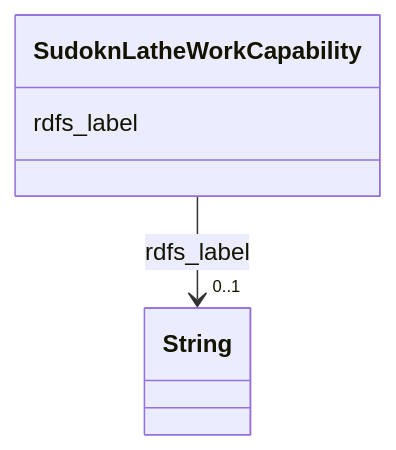
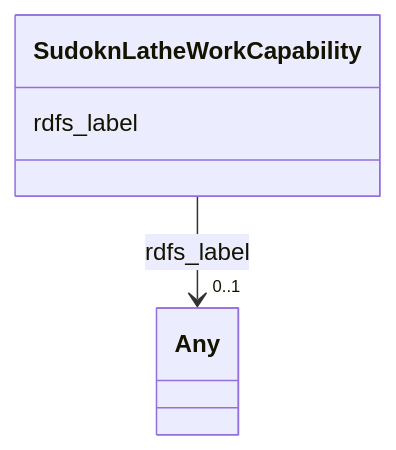
One commit to frink-okn/graph-descriptions changed the diagram in sudokn-kg/classes/SudoknLatheWorkCapability.md. Above: the diagram before and after it, drawn with Mermaid. The commit also changed other lines of this file and 903 other files, not shown here.

````diff
--- a/sudokn-kg/classes/SudoknLatheWorkCapability.md
+++ b/sudokn-kg/classes/SudoknLatheWorkCapability.md
@@ -23,15 +18,15 @@
 ```mermaid
  classDiagram
     class SudoknLatheWorkCapability
     click SudoknLatheWorkCapability href "../SudoknLatheWorkCapability"
       SudoknLatheWorkCapability : rdfs_label
         
           
     
     
-    SudoknLatheWorkCapability --> "0..1" String : rdfs_label
-    click String href "../String"
+    SudoknLatheWorkCapability --> "0..1" Any : rdfs_label
+    click Any href "../Any"
 
         
       
 ```
````
